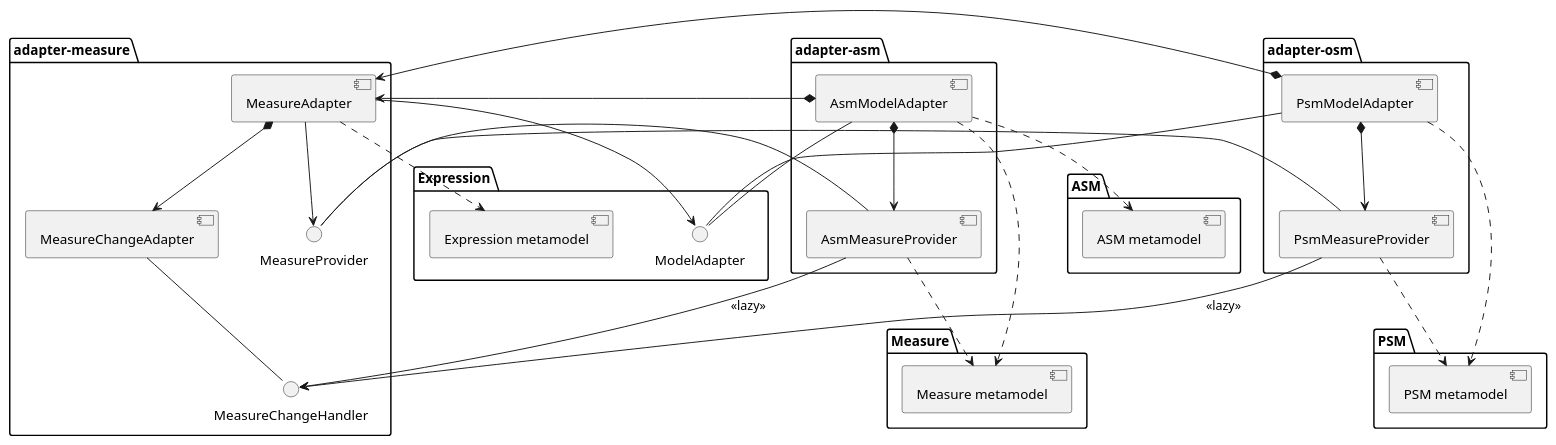
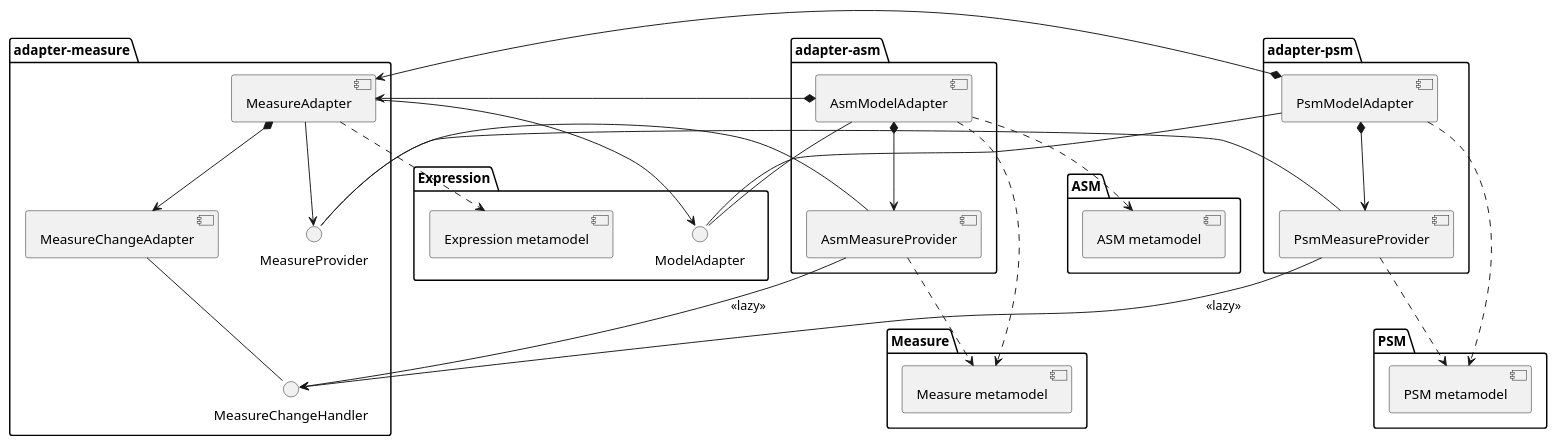
The diagram in README.adoc (BlackBeltTechnology/judo-meta-expression), drawn with PlantUML before and after one commit. The commit also changed 6 other files, not shown here.

Commit message:
[seperating ASM, PSM adapter modules]

```diff
--- a/README.adoc
+++ b/README.adoc
@@ -5,51 +5,51 @@
 [plantuml, expression-modules-overview, alt="Overview of expression modules"]
 ----
 
 package "Expression" {
   [Expression metamodel]
 
   interface ModelAdapter
 }
 
 package "ASM" {
     [ASM metamodel]
 }
 
 package "Measure" {
     [Measure metamodel]
 }
 
 package "PSM" {
     [PSM metamodel]
 }
 
 package "adapter-measure" {
     ModelAdapter <-- [MeasureAdapter]
     [MeasureAdapter] ..> [Expression metamodel]
     [MeasureAdapter] --> MeasureProvider
     [MeasureAdapter] *--> [MeasureChangeAdapter]
     [MeasureChangeAdapter] -- MeasureChangeHandler
 }
 
 package "adapter-asm" {
     MeasureProvider -- [AsmMeasureProvider]
     [AsmModelAdapter] -- ModelAdapter
     [AsmModelAdapter] ..> [ASM metamodel]
     [AsmModelAdapter] ..> [Measure metamodel]
     [AsmModelAdapter] *--> [AsmMeasureProvider]
     [AsmModelAdapter] *--> [MeasureAdapter]
     [AsmMeasureProvider] --> MeasureChangeHandler : "<<lazy>>"
     [AsmMeasureProvider] ..> [Measure metamodel]
 }
 
-package "adapter-osm" {
+package "adapter-psm" {
     MeasureProvider -- [PsmMeasureProvider]
     [PsmModelAdapter] -- ModelAdapter
     [PsmModelAdapter] ..> [PSM metamodel]
     [PsmModelAdapter] *--> [PsmMeasureProvider]
     [PsmModelAdapter] *--> [MeasureAdapter]
     [PsmMeasureProvider] --> MeasureChangeHandler : "<<lazy>>"
     [PsmMeasureProvider] ..> [PSM metamodel]
 }
 
 ----
```
